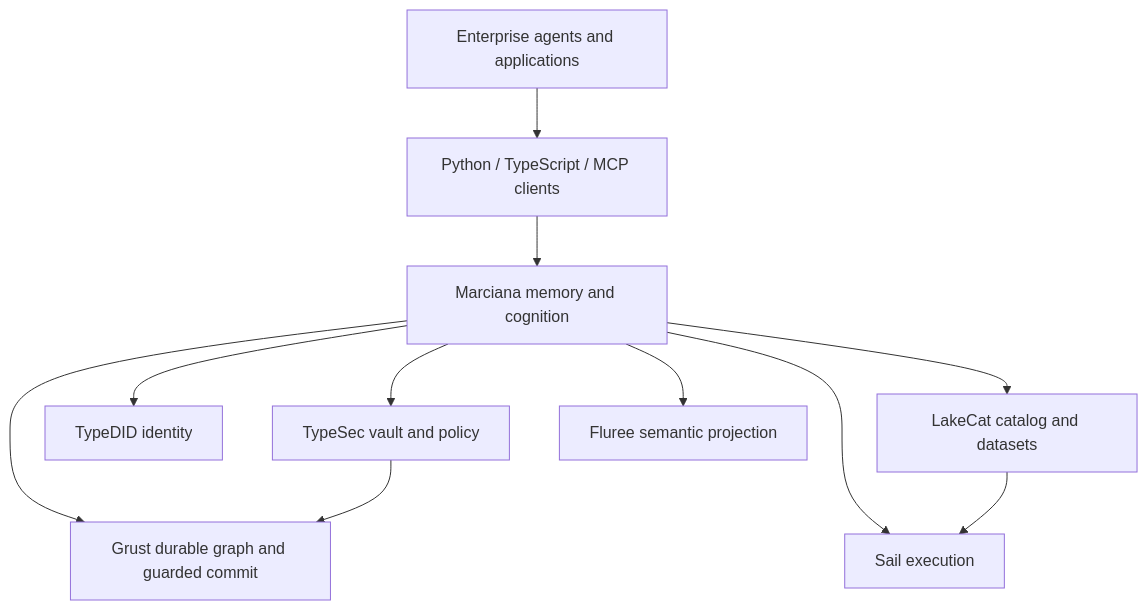
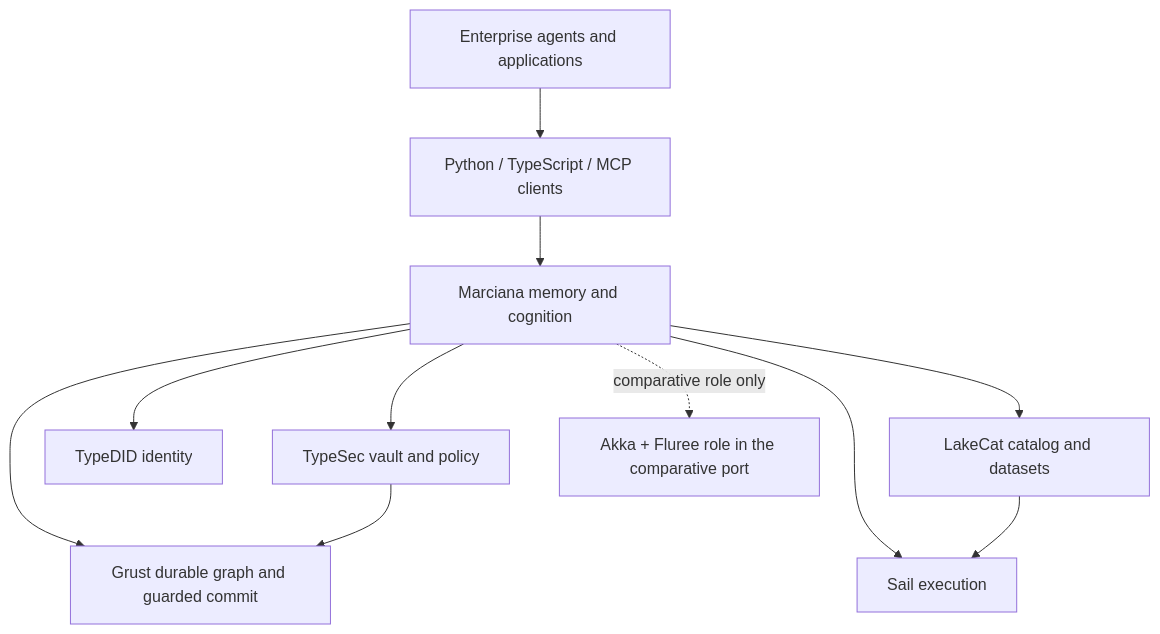
Before and after one commit to querygraph/marciana: the third of 9 diagrams in docs/book/manuscript.md, drawn with Mermaid. The commit also changed other lines of this file and 4 other files, not shown here.

Commit message:
Add Ossie semantic adapter and clarify Fluree boundary

````diff
--- a/docs/book/manuscript.md
+++ b/docs/book/manuscript.md
@@ -290,21 +291,21 @@
 ```mermaid
 flowchart TB
   U[Enterprise agents and applications]
   C[Python / TypeScript / MCP clients]
   M[Marciana memory and cognition]
   T[TypeSec vault and policy]
   D[TypeDID identity]
   G[Grust durable graph and guarded commit]
   L[LakeCat catalog and datasets]
   S[Sail execution]
-  F[Fluree semantic projection]
+  A[Akka + Fluree role in the comparative port]
   U --> C --> M
   M --> T
   M --> D
   M --> G
   M --> L
   M --> S
-  M --> F
+  M -. comparative role only .-> A
   T --> G
   L --> S
 ```
````
